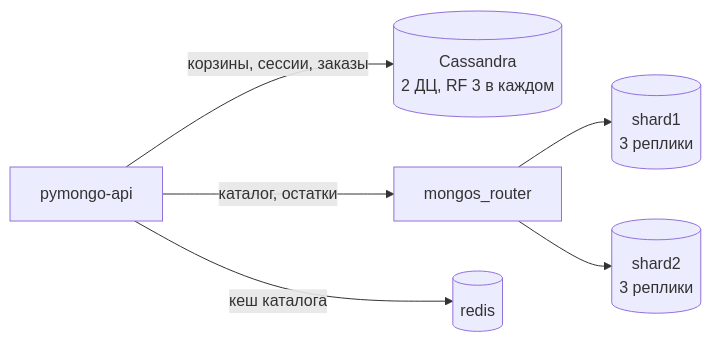
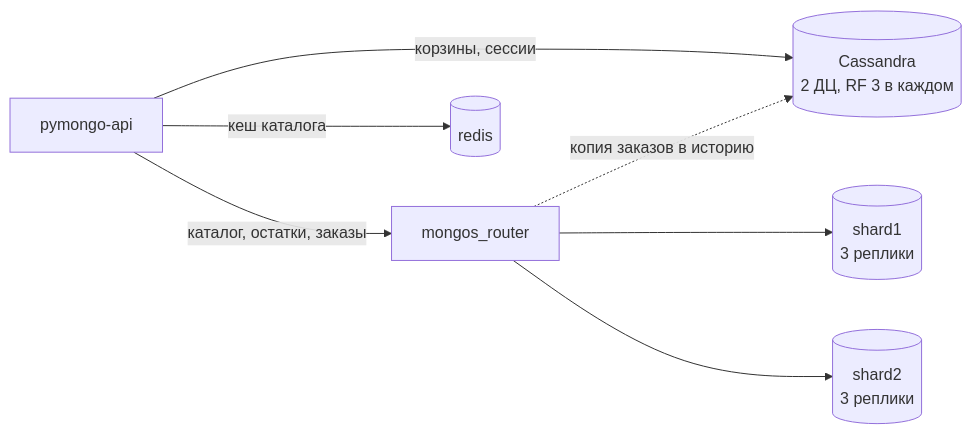
One commit to FlutterDizaster/architecture-pro-black_friday changed the diagram in architecture.md. Above: the diagram before and after it, drawn with Mermaid. The commit also changed other lines of this file, not shown here.

First line of the commit message:
Задание 10: заказы и остатки остаются в MongoDB

````diff
--- a/architecture.md
+++ b/architecture.md
@@ -308,8 +308,9 @@
 ```mermaid
 flowchart LR
-  app[pymongo-api] -->|корзины, сессии, заказы| cas[(Cassandra<br>2 ДЦ, RF 3 в каждом)]
-  app -->|каталог, остатки| mongos[mongos_router]
+  app[pymongo-api] -->|корзины, сессии| cas[(Cassandra<br>2 ДЦ, RF 3 в каждом)]
+  app -->|каталог, остатки, заказы| mongos[mongos_router]
+  mongos -.->|копия заказов в историю| cas
   mongos --> s1[(shard1<br>3 реплики)]
   mongos --> s2[(shard2<br>3 реплики)]
   app -->|кеш каталога| redis[(redis)]
 ```
````
